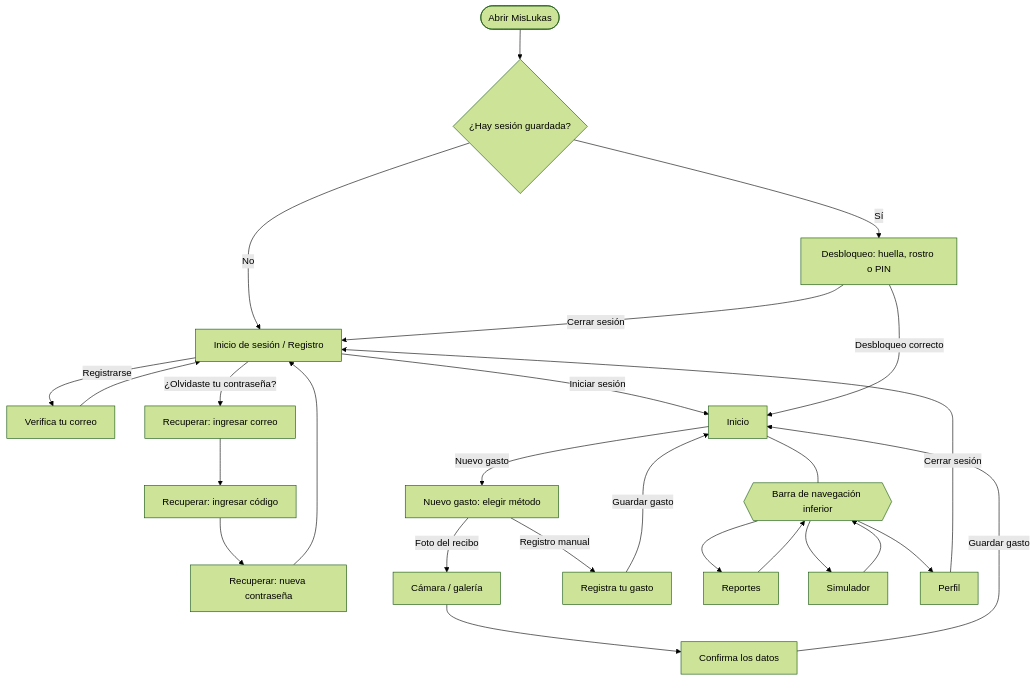
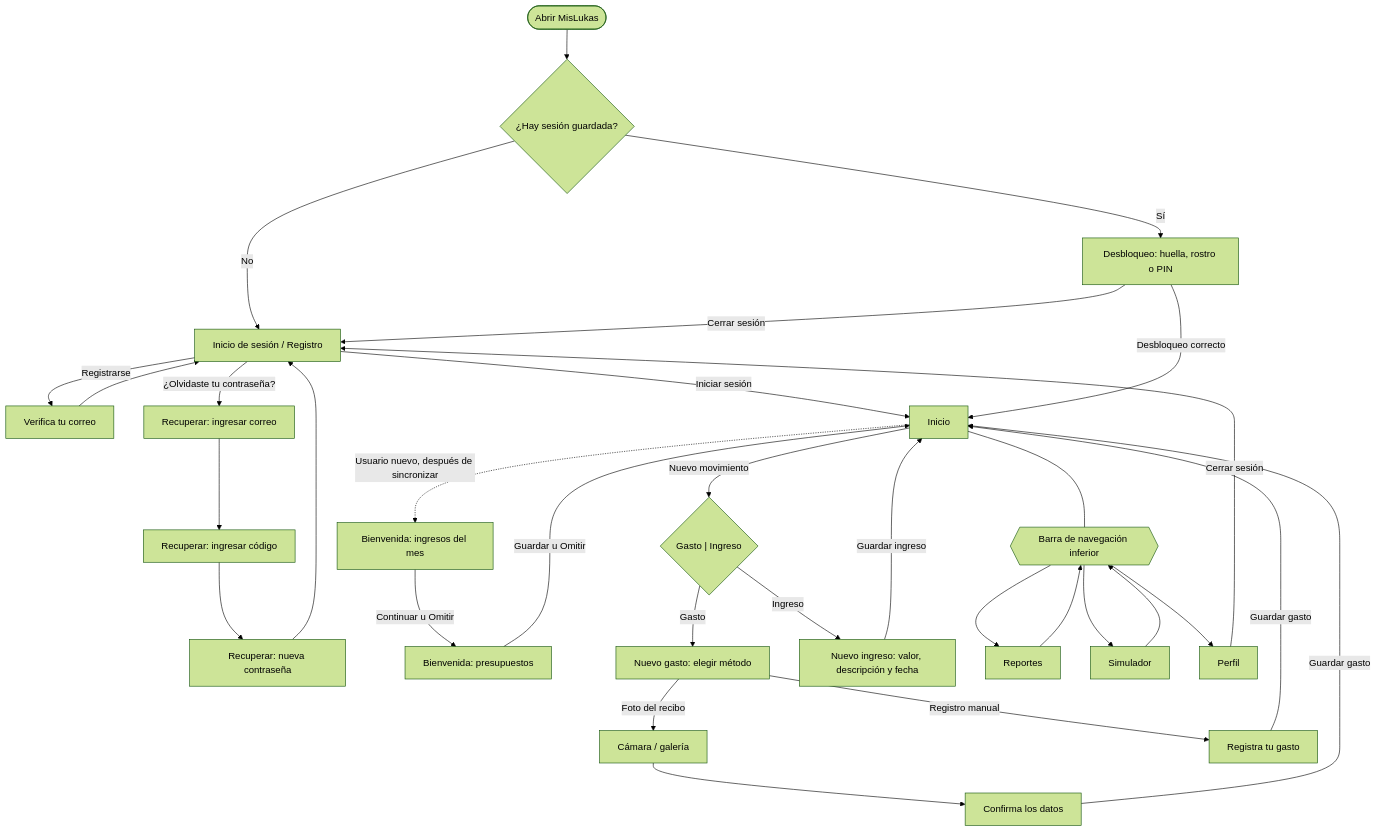
The diagram in docs/05-diseno-ui.md (Aryeisor/MisLukas), drawn with Mermaid (forest theme) before and after one commit. The commit also changed other lines of this file and 47 other files, not shown here.

Commit message:
Fase 5D: registro de ingresos y bienvenida para usuarios nuevos

````diff
--- a/docs/05-diseno-ui.md
+++ b/docs/05-diseno-ui.md
@@ -24,28 +26,34 @@
 ```mermaid
 flowchart TD
     A(["Abrir MisLukas"]) --> B{"¿Hay sesión guardada?"}
     B -- "No" --> C["Inicio de sesión / Registro"]
     B -- "Sí" --> D["Desbloqueo: huella, rostro o PIN"]
     C -- "Registrarse" --> C2["Verifica tu correo"]
     C2 --> C
     C -- "¿Olvidaste tu contraseña?" --> R1["Recuperar: ingresar correo"]
     R1 --> R2["Recuperar: ingresar código"]
     R2 --> R3["Recuperar: nueva contraseña"]
     R3 --> C
     C -- "Iniciar sesión" --> E["Inicio"]
     D -- "Desbloqueo correcto" --> E
     D -- "Cerrar sesión" --> C
-    E -- "Nuevo gasto" --> F["Nuevo gasto: elegir método"]
+    E -. "Usuario nuevo, después de sincronizar" .-> W1["Bienvenida: ingresos del mes"]
+    W1 -- "Continuar u Omitir" --> W2["Bienvenida: presupuestos"]
+    W2 -- "Guardar u Omitir" --> E
+    E -- "Nuevo movimiento" --> F0{"Gasto | Ingreso"}
+    F0 -- "Gasto" --> F["Nuevo gasto: elegir método"]
+    F0 -- "Ingreso" --> F2["Nuevo ingreso: valor, descripción y fecha"]
+    F2 -- "Guardar ingreso" --> E
     F -- "Foto del recibo" --> G["Cámara / galería"]
     G --> H["Confirma los datos"]
     F -- "Registro manual" --> H2["Registra tu gasto"]
     H -- "Guardar gasto" --> E
     H2 -- "Guardar gasto" --> E
     E --- N{{"Barra de navegación inferior"}}
     N --> I["Reportes"]
     N --> J["Simulador"]
     N --> K["Perfil"]
     I --> N
     J --> N
     K -- "Cerrar sesión" --> C
 ```
````
